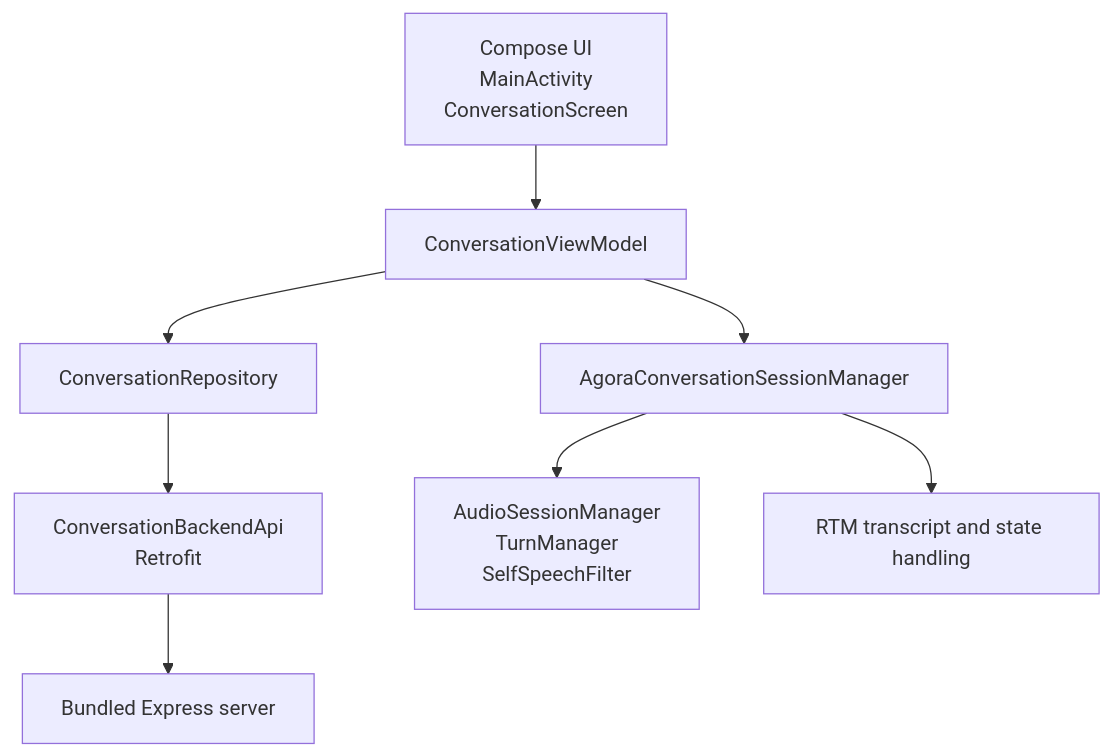
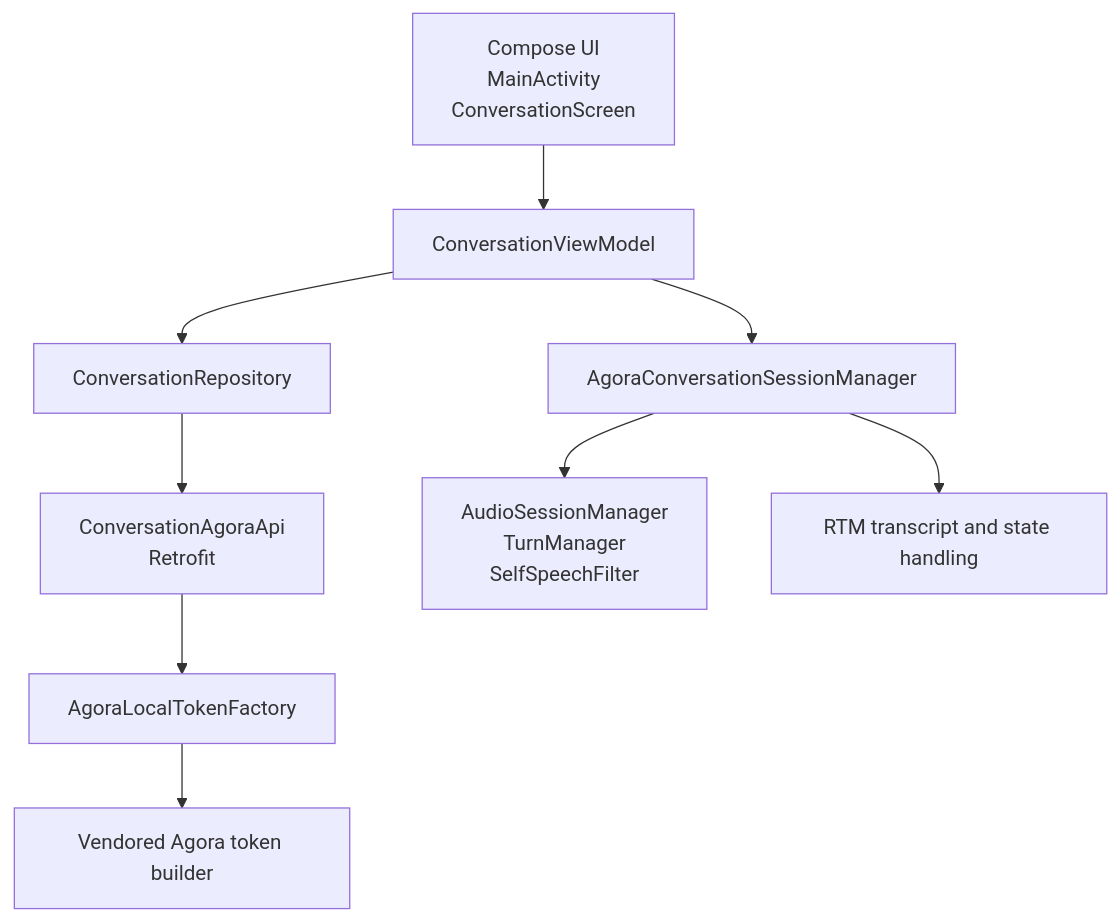
The third of 3 diagrams in README.md (AgoraIO-Conversational-AI/agent-quickstart-android), drawn with Mermaid before and after one commit. The commit also changed other lines of this file and 16 other files, not shown here.

````diff
--- a/README.md
+++ b/README.md
@@ -174,10 +159,11 @@
 ```mermaid
 flowchart TD
     UI["Compose UI<br/>MainActivity<br/>ConversationScreen"] --> VM["ConversationViewModel"]
     VM --> REPO["ConversationRepository"]
-    REPO --> API["ConversationBackendApi<br/>Retrofit"]
+    REPO --> API["ConversationAgoraApi<br/>Retrofit"]
+    API --> TOKENS["AgoraLocalTokenFactory"]
+    TOKENS --> BUILDER["Vendored Agora token builder"]
     VM --> RTC["AgoraConversationSessionManager"]
     RTC --> AUDIO["AudioSessionManager<br/>TurnManager<br/>SelfSpeechFilter"]
     RTC --> RTM["RTM transcript and state handling"]
-    API --> SERVER["Bundled Express server"]
 ```
````
